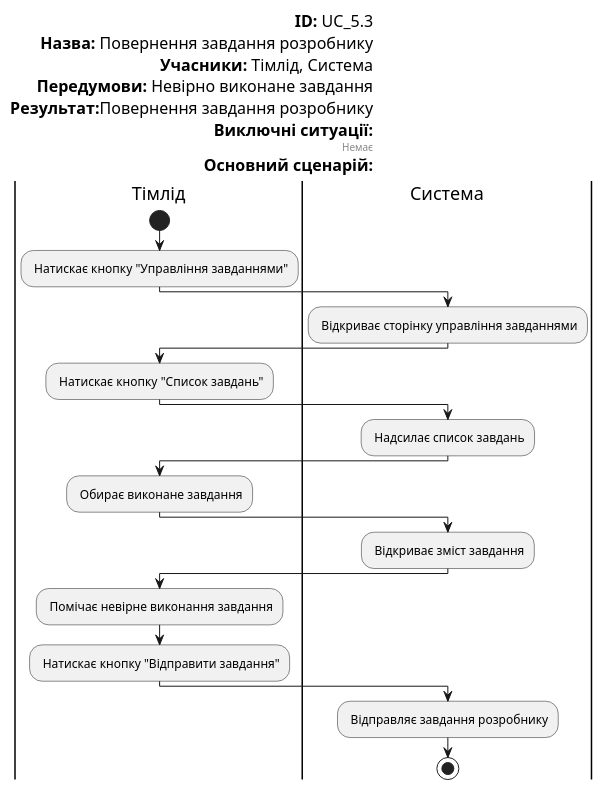
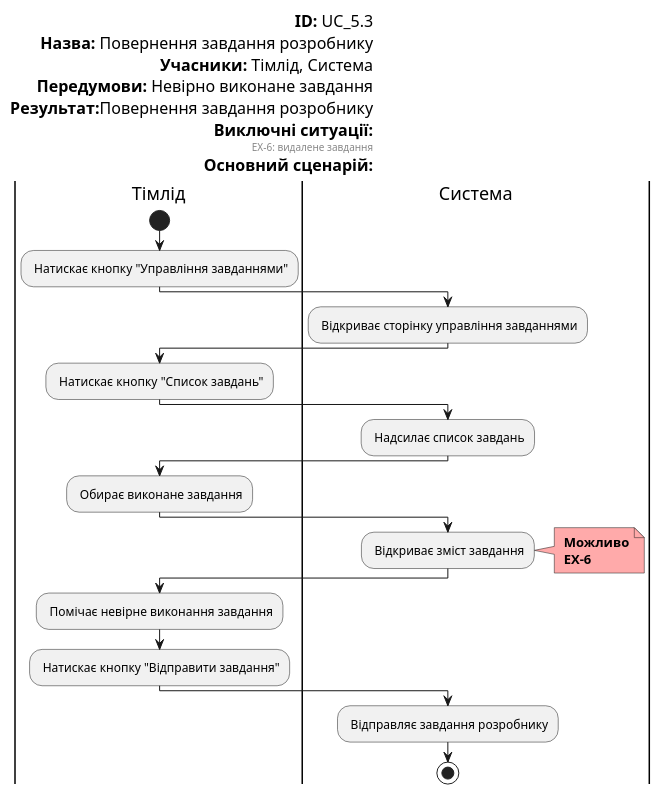
Diagram 13 of 15 in docs/use cases/README.md (boldak/edu-db-cw), drawn with PlantUML before and after one commit. The commit also changed other lines of this file, not shown here.

```diff
--- a/docs/use cases/README.md
+++ b/docs/use cases/README.md
@@ -356,33 +466,37 @@
 @startuml
 
     left header
     <font color=000 size=16><b>ID:</b> UC_5.3
     <font color=000 size=16><b>Назва:</b> Повернення завдання розробнику
     <font color=000 size=16><b>Учасники:</b> Тімлід, Система
     <font color=000 size=16><b>Передумови:</b> Невірно виконане завдання
     <font color=000 size=16><b>Результат:</b>Повернення завдання розробнику
     <font color=000 size=16><b>Виключні ситуації:</b>
-    Немає
+    EX-6: видалене завдання
     <font color=000 size=16><b>Основний сценарій:</b>
 end header
 
     |Тімлід|
         start
         : Натискає кнопку "Управління завданнями";
     |Система|
         : Відкриває сторінку управління завданнями;
     |Тімлід|
         : Натискає кнопку "Список завдань";
     |Система|   
         : Надсилає список завдань;
     |Тімлід|
         : Обирає виконане завдання;
     |Система|   
         : Відкриває зміст завдання;
+        note right #ffaaaa
+        <b> Можливо
+        <b> EX-6
+        end note
     |Тімлід|
         : Помічає невірне виконання завдання;
         : Натискає кнопку "Відправити завдання";
     |Система|   
         : Відправляє завдання розробнику;
         stop;
 @enduml
```
